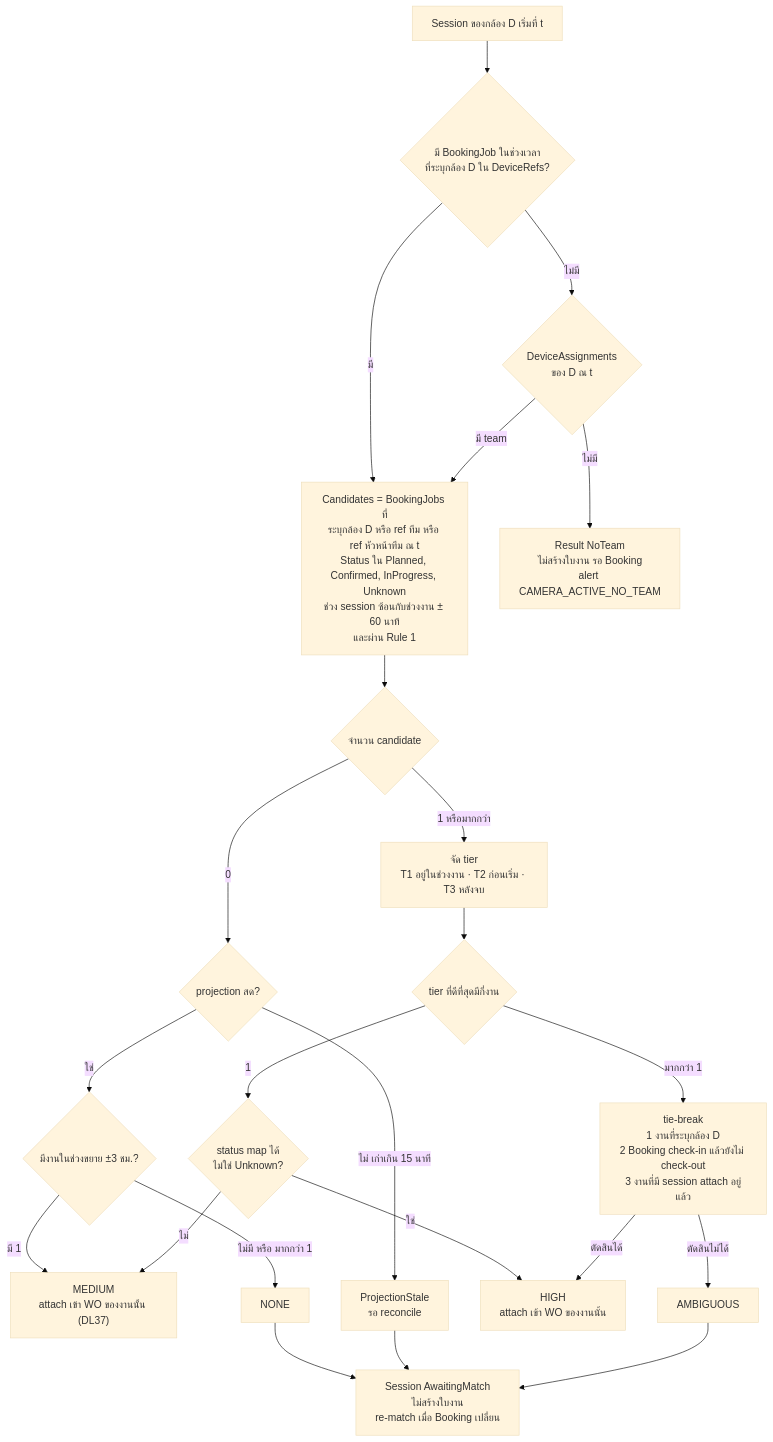
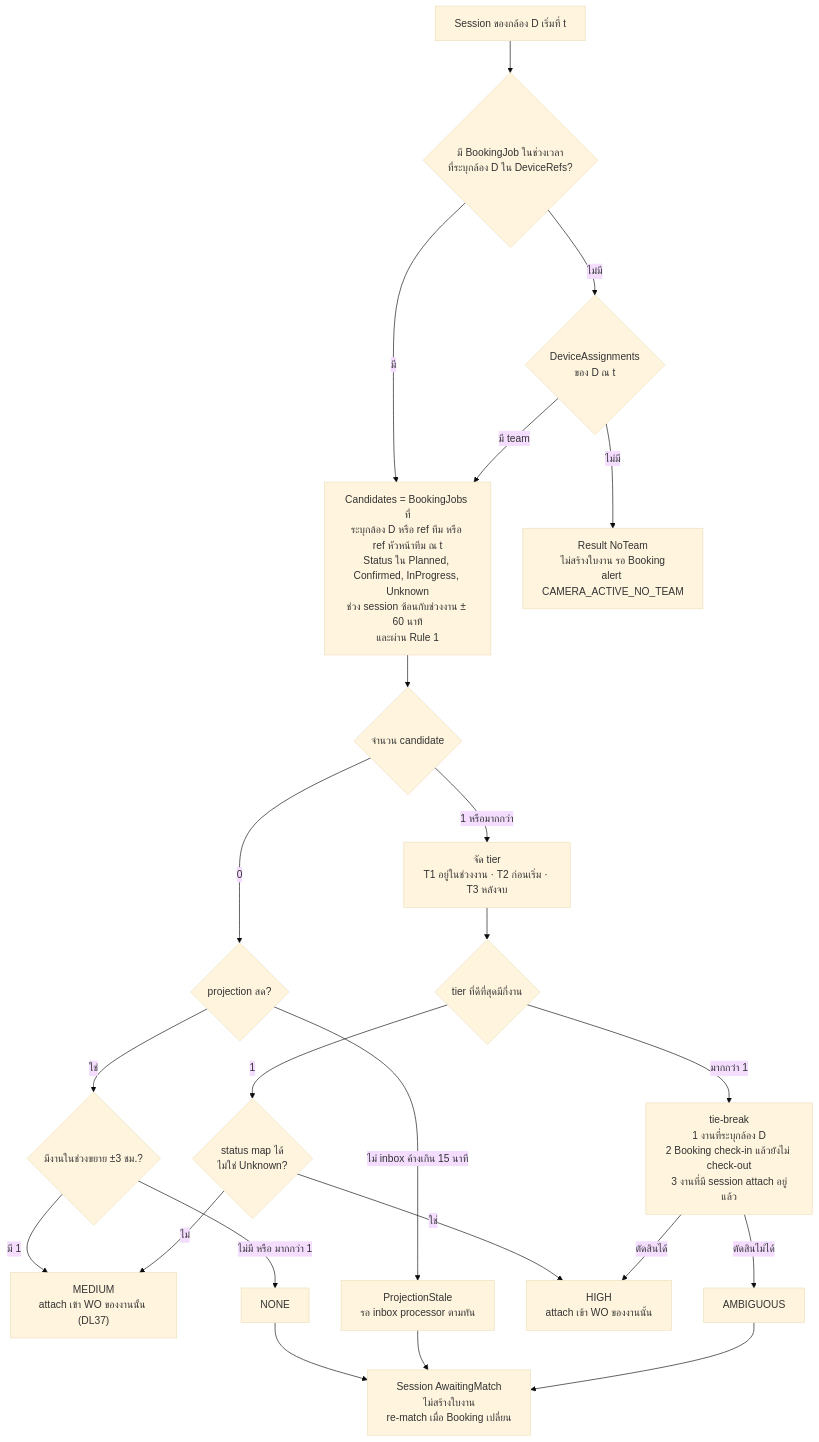
Before and after one commit to b-werayut/psd-bodycam-v1.0: the fourth of 10 diagrams in docs/blueprint/03-business-workflows.md, drawn with Mermaid (base theme). The commit also changed other lines of this file and 15 other files, not shown here.

````diff
--- a/docs/blueprint/03-business-workflows.md
+++ b/docs/blueprint/03-business-workflows.md
@@ -140,25 +147,25 @@
 ```mermaid
 flowchart TB
   S["Session ของกล้อง D เริ่มที่ t"] --> DR{"มี BookingJob ในช่วงเวลา<br/>ที่ระบุกล้อง D ใน DeviceRefs?"}
   DR -->|"มี"| C
   DR -->|"ไม่มี"| T{"DeviceAssignments<br/>ของ D ณ t"}
   T -->|"ไม่มี"| NT["Result NoTeam<br/>ไม่สร้างใบงาน รอ Booking<br/>alert CAMERA_ACTIVE_NO_TEAM"]
   T -->|"มี team"| C["Candidates = BookingJobs ที่<br/>ระบุกล้อง D หรือ ref ทีม หรือ ref หัวหน้าทีม ณ t<br/>Status ใน Planned, Confirmed, InProgress, Unknown<br/>ช่วง session ซ้อนกับช่วงงาน ± 60 นาที<br/>และผ่าน Rule 1"]
   C --> N{"จำนวน candidate"}
   N -->|"0"| X{"projection สด?"}
   X -->|"ใช่"| EXT{"มีงานในช่วงขยาย ±3 ชม.?"}
   EXT -->|"มี 1"| MED["MEDIUM<br/>attach เข้า WO ของงานนั้น (DL37)"]
   EXT -->|"ไม่มี หรือ มากกว่า 1"| NONE["NONE"]
-  X -->|"ไม่ เก่าเกิน 15 นาที"| PEND["ProjectionStale<br/>รอ reconcile"]
+  X -->|"ไม่ inbox ค้างเกิน 15 นาที"| PEND["ProjectionStale<br/>รอ inbox processor ตามทัน"]
   N -->|"1 หรือมากกว่า"| TIER["จัด tier<br/>T1 อยู่ในช่วงงาน · T2 ก่อนเริ่ม · T3 หลังจบ"]
   TIER --> BEST{"tier ที่ดีที่สุดมีกี่งาน"}
   BEST -->|"1"| HI{"status map ได้<br/>ไม่ใช่ Unknown?"}
   HI -->|"ใช่"| HIGH["HIGH<br/>attach เข้า WO ของงานนั้น"]
   HI -->|"ไม่"| MED
   BEST -->|"มากกว่า 1"| TIEB["tie-break<br/>1 งานที่ระบุกล้อง D<br/>2 Booking check-in แล้วยังไม่ check-out<br/>3 งานที่มี session attach อยู่แล้ว"]
   TIEB -->|"ตัดสินได้"| HIGH
   TIEB -->|"ตัดสินไม่ได้"| AMB["AMBIGUOUS"]
   NONE --> AW["Session AwaitingMatch<br/>ไม่สร้างใบงาน<br/>re-match เมื่อ Booking เปลี่ยน"]
   PEND --> AW
   AMB --> AW
 ```
````
